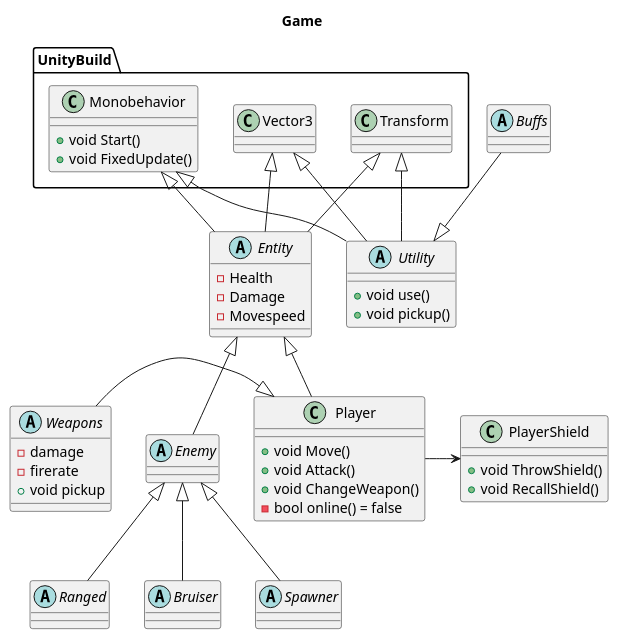
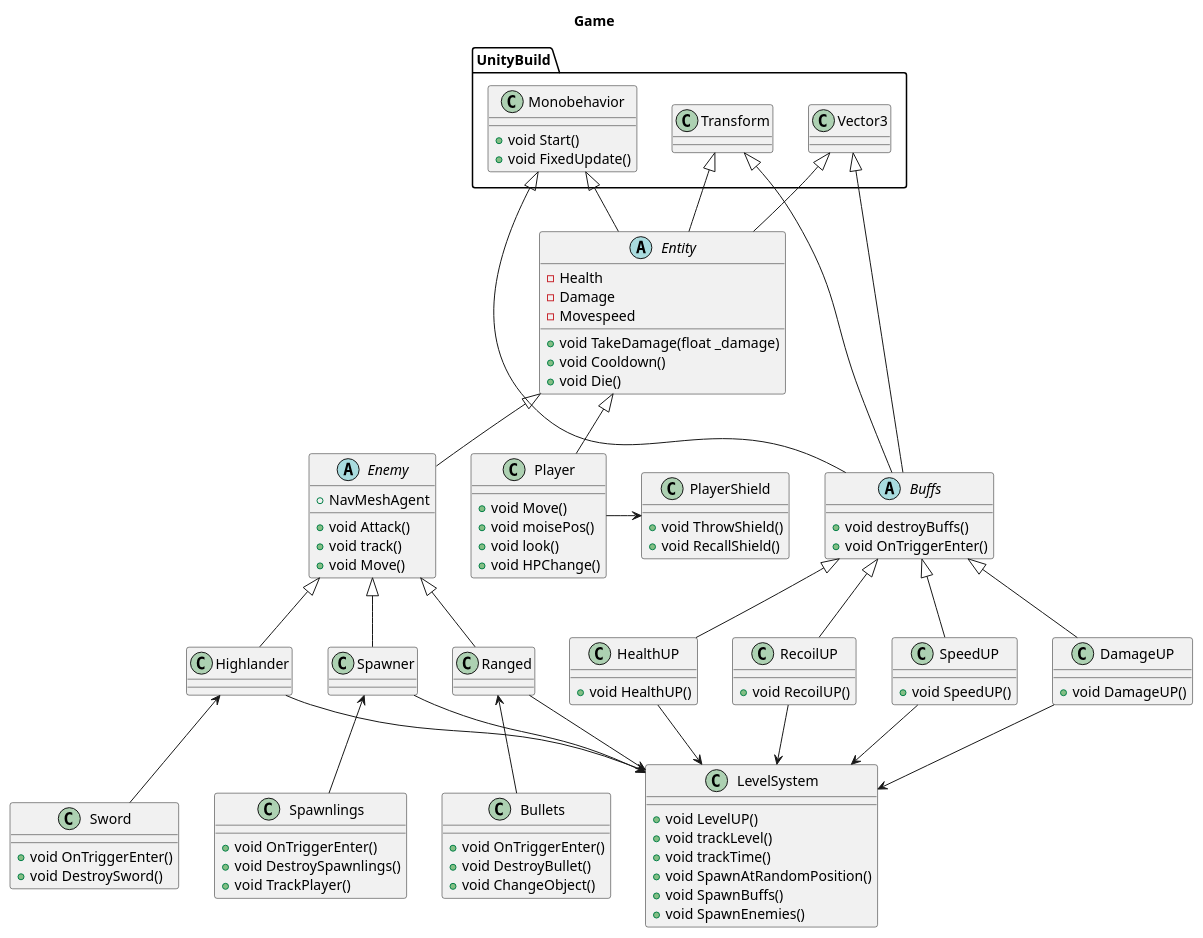
The diagram in Gremory.puml (Ninjamus21/EksamensProjekt2023), drawn with PlantUML before and after one commit. The commit also changed 7 other files, not shown here.

Commit message:
Just plantUML files for the project

```diff
--- a/Gremory.puml
+++ b/Gremory.puml
@@ -1,79 +1,129 @@
 @startuml classdiagram
 
 Title Game
 namespace UnityBuild{
-class Monobehavior{
-+void Start()
-+void FixedUpdate()
-}
-class Vector3{
+    class Monobehavior{
+        +void Start()
+        +void FixedUpdate()
+    }
+    class Vector3{
 
-}
-class Transform{
+    }
+    class Transform{
 
-}
+    }
 }
 
-abstract class Utility{
-+ void use()
-+ void pickup()
-}
+
 
 class Player{
 
-+ void Move()
-+ void Attack()
-+ void ChangeWeapon()
-- bool online() = false
+    + void Move()
+    + void moisePos()
+    + void look()
+    + void HPChange()
+
 }
 
 abstract class Entity{
-- Health
-- Damage
-- Movespeed
+    - Health
+    - Damage
+    - Movespeed
+    + void TakeDamage(float _damage)
+    + void Cooldown()
+    + void Die()
 
 }
 abstract class Enemy{
+    + void Attack()
+    + void track()
+    + void Move()
+    + NavMeshAgent
+}
+
+class Ranged{
 
 }
-abstract class Ranged{
+class Highlander{
 
 }
-abstract class Bruiser{
-
-}
-abstract class Spawner{
+class Spawner{
 
 }
 
 class PlayerShield{
-+ void ThrowShield()
-+ void RecallShield()
+    + void ThrowShield()
+    + void RecallShield()
 }
 
-abstract class Weapons{
-- damage
-- firerate
-+ void pickup
-}
 
 abstract class Buffs{
+    + void destroyBuffs()
+    + void OnTriggerEnter()
 
 }
 
+class SpeedUP{
+    + void SpeedUP()
+}
+class DamageUP{
+    + void DamageUP()
+}
+class HealthUP{
+    + void HealthUP()
+}
+class RecoilUP{
+    + void RecoilUP()
+}
+
+class LevelSystem{
+    + void LevelUP()
+    + void trackLevel()
+    + void trackTime()
+    + void SpawnAtRandomPosition()
+    + void SpawnBuffs()
+    + void SpawnEnemies()
+}
+
+class Bullets {
+    + void OnTriggerEnter()
+    + void DestroyBullet()
+    + void ChangeObject()
+}
+class Spawnlings{
+    + void OnTriggerEnter()
+    + void DestroySpawnlings()
+    + void TrackPlayer()
+}
+class Sword{
+    + void OnTriggerEnter()
+    + void DestroySword()
+}
 
 Enemy -up-|> Entity
-Player -up-|> Entity 
+Player -up-|> Entity
 Enemy <|-- Ranged
-Enemy <|-- Bruiser
-Enemy <|-- Spawner 
+Enemy <|-- Highlander
+Enemy <|-- Spawner
 Entity -up-|> UnityBuild.Monobehavior
 Entity -up-|> UnityBuild.Vector3
 Entity -up-|> UnityBuild.Transform
-Utility -up-|> UnityBuild.Monobehavior
-Utility -up-|> UnityBuild.Vector3
-Utility -up-|> UnityBuild.Transform
+Buffs -up-|> UnityBuild.Monobehavior
+Buffs -up-|> UnityBuild.Vector3
+Buffs -up-|> UnityBuild.Transform
 Player -> PlayerShield
-Weapons -|> Player
-Buffs --|> Utility
+Sword -up-> Highlander
+Bullets -up-> Ranged
+Spawnlings -up-> Spawner
+DamageUP -up-|> Buffs
+SpeedUP -up-|> Buffs
+HealthUP -up-|> Buffs
+RecoilUP -up-|> Buffs
+HealthUP -down-> LevelSystem
+SpeedUP -down-> LevelSystem
+DamageUP -down-> LevelSystem
+RecoilUP -down-> LevelSystem
+Highlander -down-> LevelSystem
+Ranged -down-> LevelSystem
+Spawner -down-> LevelSystem
 @enduml
```
